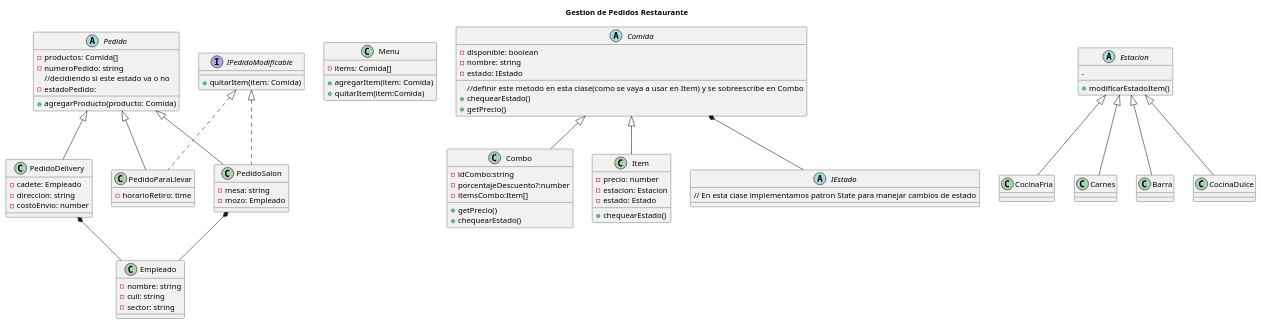
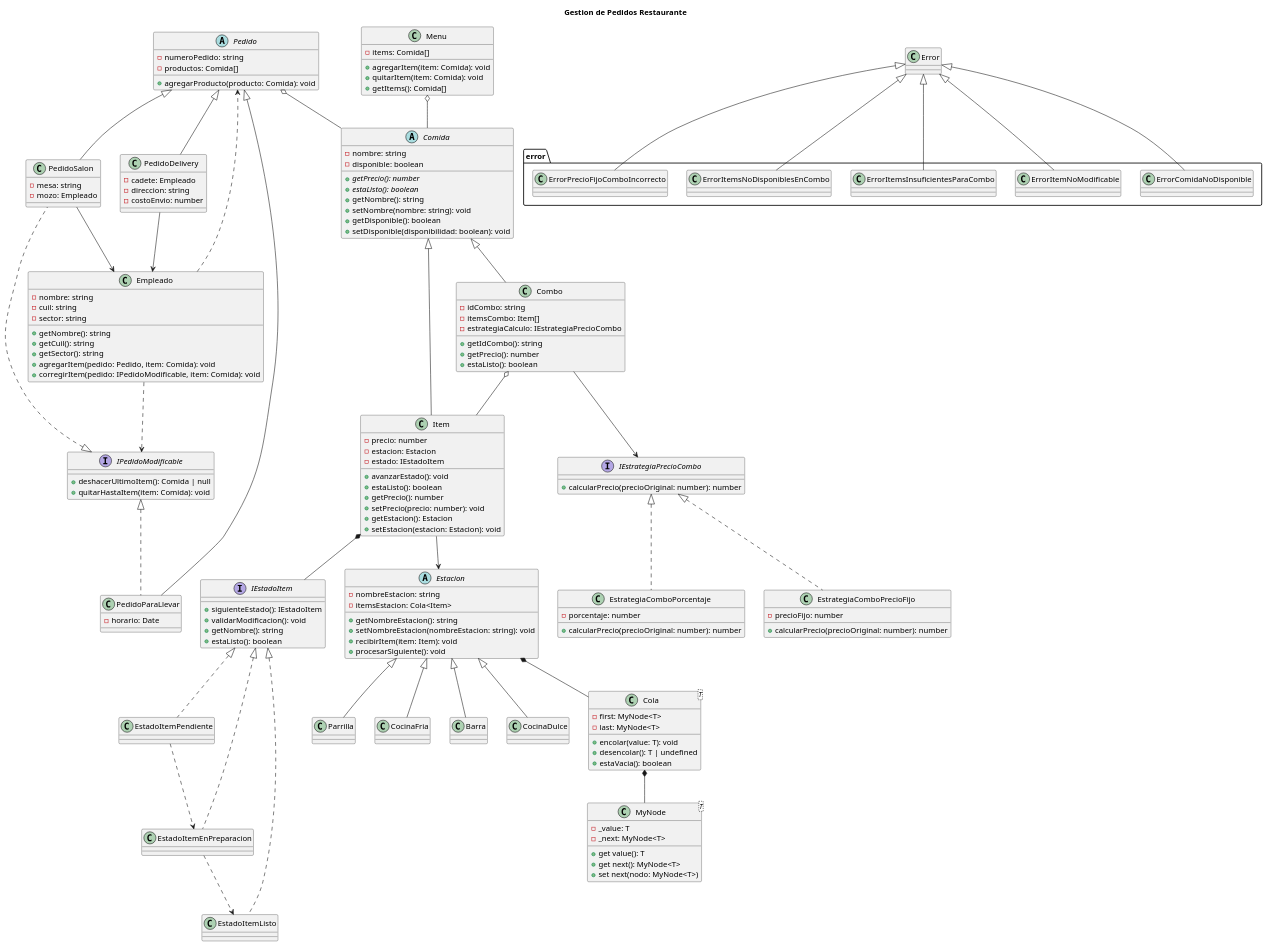
One commit to FedericoGonzalez1988/tp_prog2_grupo8 changed the diagram in diagrams/clases.puml. Above: the diagram before and after it, drawn with PlantUML.

Commit message:
actualice el diagrama de clases segun el estado actual del codigo
- agregue estados de Item (State), estrategias de precio de Combo (Strategy), Cola, MyNode y errores
- actualice atributos y metodos de las clases existentes
- Empleado concreta sin Mozo, Carnes renombrada a Parrilla
- relaciones corregidas, sin cantidades ni etiquetas

```diff
--- a/diagrams/clases.puml
+++ b/diagrams/clases.puml
@@ -1,109 +1,189 @@
 @startuml Gestion de Pedidos Restaurante
 
 title Gestion de Pedidos Restaurante
 
+set separator none
+
+' ===================== Pedidos =====================
+
 abstract class Pedido {
-
-
+    -numeroPedido: string
     -productos: Comida[]
-    -numeroPedido: string
-    //decidiendo si este estado va o no
-    -estadoPedido: 
-    
-    +agregarProducto(producto: Comida)
-
+    +agregarProducto(producto: Comida): void
 }
 
 class PedidoSalon extends Pedido implements IPedidoModificable {
     -mesa: string
     -mozo: Empleado
+}
+
+class PedidoParaLlevar extends Pedido implements IPedidoModificable {
+    -horario: Date
 }
 
 class PedidoDelivery extends Pedido {
     -cadete: Empleado
     -direccion: string
     -costoEnvio: number
 }
 
-class PedidoParaLlevar extends Pedido  implements IPedidoModificable {
-
-    -horarioRetiro: time
-
+interface IPedidoModificable {
+    +deshacerUltimoItem(): Comida | null
+    +quitarHastaItem(item: Comida): void
 }
 
-class Menu {
+' ===================== Empleados =====================
 
-    -items: Comida[]
-    +agregarItem(item: Comida)
-    +quitarItem(item:Comida)
-
-}
-abstract class Comida {
-    -disponible: boolean
+class Empleado {
     -nombre: string
-    -estado: IEstado
-    //definir este metodo en esta clase(como se vaya a usar en Item) y se sobreescribe en Combo
-    +chequearEstado()
-    +getPrecio()
-
-}
-class Combo extends Comida {
-
-    -idCombo:string
-    -porcentajeDescuento?:number
-    -itemsCombo:Item[]
-    +getPrecio()
-    +chequearEstado()
-
-    'definir si se pueden agregar y quitar items cuando ya se creó el combo
-    '+agregarItem(item: Item)
-    '+eliminarItem(item: Item)
-    
+    -cuil: string
+    -sector: string
+    +getNombre(): string
+    +getCuil(): string
+    +getSector(): string
+    +agregarItem(pedido: Pedido, item: Comida): void
+    +corregirItem(pedido: IPedidoModificable, item: Comida): void
 }
 
-class Item extends Comida{
+' ===================== Menu y productos =====================
+
+class Menu {
+    -items: Comida[]
+    +agregarItem(item: Comida): void
+    +quitarItem(item: Comida): void
+    +getItems(): Comida[]
+}
+
+abstract class Comida {
+    -nombre: string
+    -disponible: boolean
+    +{abstract} getPrecio(): number
+    +{abstract} estaListo(): boolean
+    +getNombre(): string
+    +setNombre(nombre: string): void
+    +getDisponible(): boolean
+    +setDisponible(disponibilidad: boolean): void
+}
+
+class Item extends Comida {
     -precio: number
     -estacion: Estacion
-    -estado: Estado
-    +chequearEstado()
+    -estado: IEstadoItem
+    +avanzarEstado(): void
+    +estaListo(): boolean
+    +getPrecio(): number
+    +setPrecio(precio: number): void
+    +getEstacion(): Estacion
+    +setEstacion(estacion: Estacion): void
 }
 
-abstract class IEstado {
-
-    // En esta clase implementamos patron State para manejar cambios de estado
+class Combo extends Comida {
+    -idCombo: string
+    -itemsCombo: Item[]
+    -estrategiaCalculo: IEstrategiaPrecioCombo
+    +getIdCombo(): string
+    +getPrecio(): number
+    +estaListo(): boolean
 }
 
-abstract class Estacion {
-    -
-    +modificarEstadoItem()
-}
-class CocinaFria extends Estacion{
+' ===================== Precio de combos (patron Strategy) =====================
 
+interface IEstrategiaPrecioCombo {
+    +calcularPrecio(precioOriginal: number): number
 }
 
-class Carnes extends Estacion{
-
-}
-class Barra extends Estacion{
-
-}
-class CocinaDulce extends Estacion{
-
+class EstrategiaComboPorcentaje implements IEstrategiaPrecioCombo {
+    -porcentaje: number
+    +calcularPrecio(precioOriginal: number): number
 }
 
-interface IPedidoModificable {
-    +quitarItem(item: Comida)
+class EstrategiaComboPrecioFijo implements IEstrategiaPrecioCombo {
+    -precioFijo: number
+    +calcularPrecio(precioOriginal: number): number
 }
 
-class Empleado {
-    - nombre: string
-    - cuil: string
-    - sector: string
+' ===================== Estados del item (patron State) =====================
+
+interface IEstadoItem {
+    +siguienteEstado(): IEstadoItem
+    +validarModificacion(): void
+    +getNombre(): string
+    +estaListo(): boolean
 }
 
+class EstadoItemPendiente implements IEstadoItem
+class EstadoItemEnPreparacion implements IEstadoItem
+class EstadoItemListo implements IEstadoItem
 
-Comida *-- IEstado
-PedidoDelivery *-- Empleado
-PedidoSalon *-- Empleado
+' ===================== Estaciones =====================
+
+abstract class Estacion {
+    -nombreEstacion: string
+    -itemsEstacion: Cola<Item>
+    +getNombreEstacion(): string
+    +setNombreEstacion(nombreEstacion: string): void
+    +recibirItem(item: Item): void
+    +procesarSiguiente(): void
+}
+
+class Parrilla extends Estacion
+class CocinaFria extends Estacion
+class Barra extends Estacion
+class CocinaDulce extends Estacion
+
+' ===================== Estructuras de datos =====================
+
+class Cola<T> {
+    -first: MyNode<T>
+    -last: MyNode<T>
+    +encolar(value: T): void
+    +desencolar(): T | undefined
+    +estaVacia(): boolean
+}
+
+class MyNode<T> {
+    -_value: T
+    -_next: MyNode<T>
+    +get value(): T
+    +get next(): MyNode<T>
+    +set next(nodo: MyNode<T>)
+}
+
+' ===================== Errores =====================
+
+class Error
+
+package error {
+    class ErrorComidaNoDisponible
+    class ErrorItemNoModificable
+    class ErrorItemsInsuficientesParaCombo
+    class ErrorItemsNoDisponiblesEnCombo
+    class ErrorPrecioFijoComboIncorrecto
+}
+
+Error <|-- ErrorComidaNoDisponible
+Error <|-- ErrorItemNoModificable
+Error <|-- ErrorItemsInsuficientesParaCombo
+Error <|-- ErrorItemsNoDisponiblesEnCombo
+Error <|-- ErrorPrecioFijoComboIncorrecto
+
+' ===================== Relaciones =====================
+
+Pedido o-- Comida
+Menu o-- Comida
+Combo o-- Item
+Combo --> IEstrategiaPrecioCombo
+Item *-- IEstadoItem
+Item --> Estacion
+Estacion *-- Cola
+Cola *-- MyNode
+PedidoSalon --> Empleado
+PedidoDelivery --> Empleado
+
+Empleado ..> Pedido
+Empleado ..> IPedidoModificable
+
+EstadoItemPendiente ..> EstadoItemEnPreparacion
+EstadoItemEnPreparacion ..> EstadoItemListo
 
 @enduml
```
